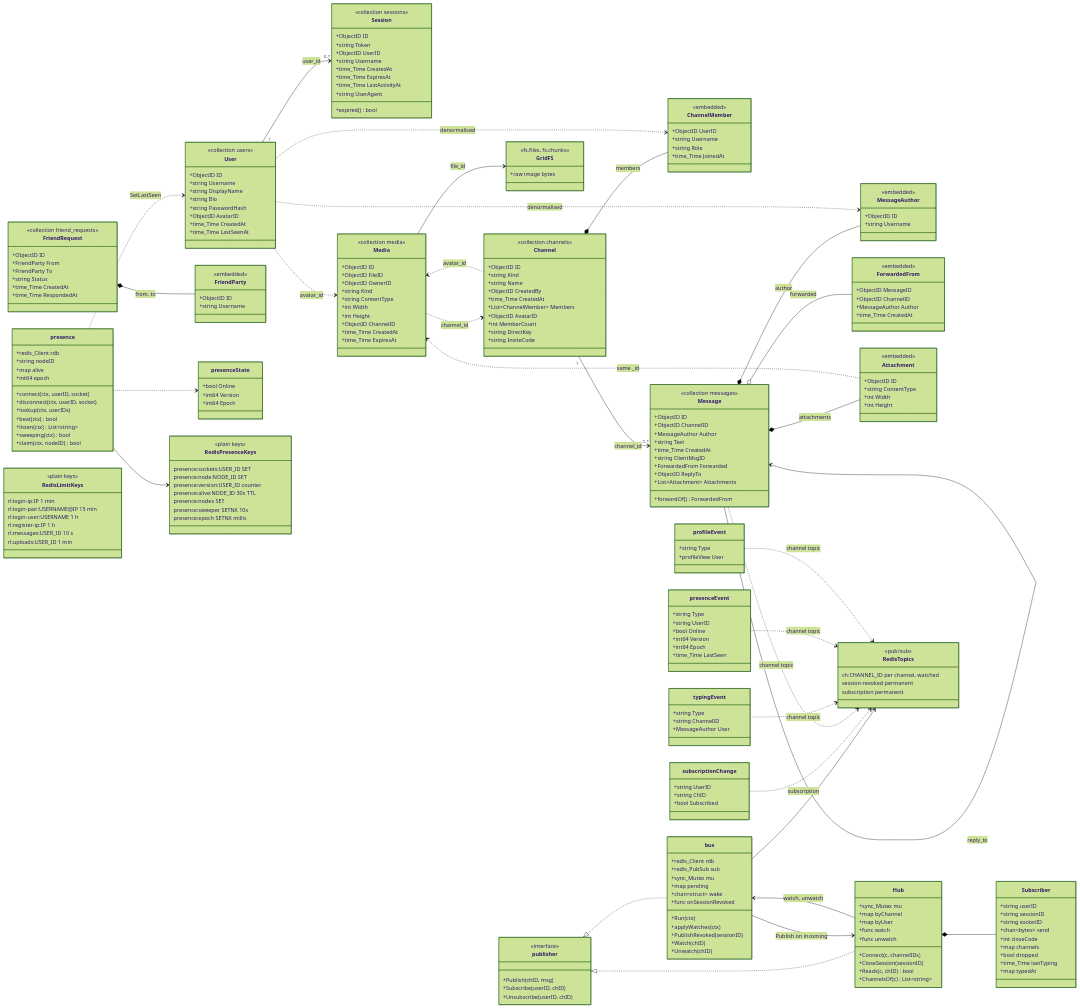
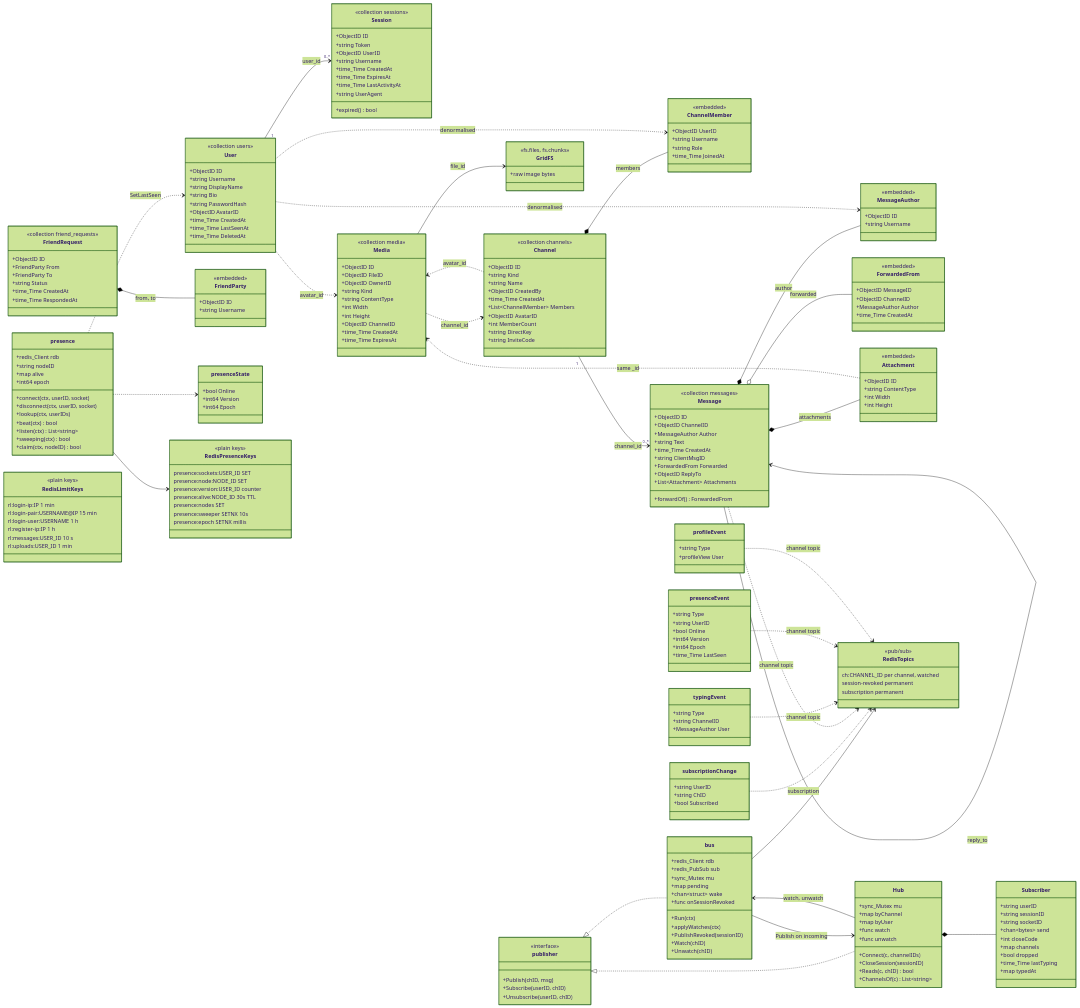
The diagram in docs/diagrams/data-model.mmd (hdmtrn/nosql-messenger), drawn with Mermaid (forest theme) before and after one commit. The commit also changed 23 other files, not shown here.

```diff
--- a/docs/diagrams/data-model.mmd
+++ b/docs/diagrams/data-model.mmd
@@ -17,6 +17,7 @@
     +ObjectID AvatarID
     +time_Time CreatedAt
     +time_Time LastSeenAt
+    +time_Time DeletedAt
   }
 
   class Session {
```
